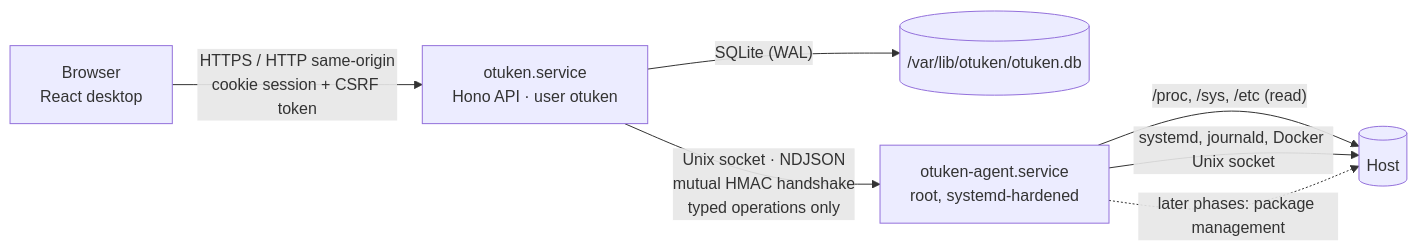
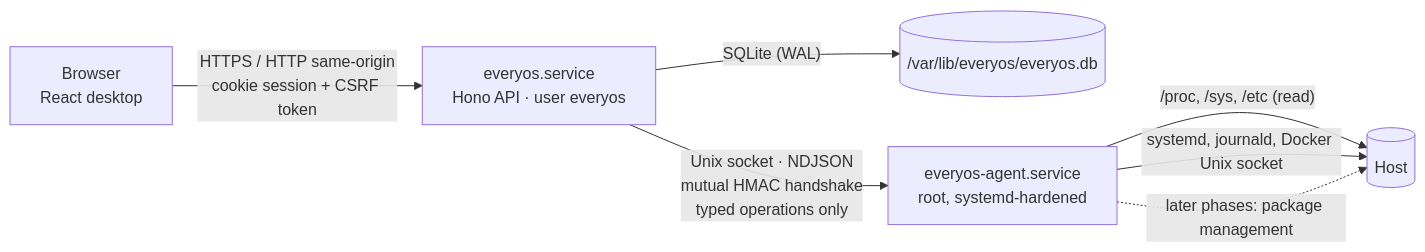
Before and after one commit to goktugcy/everyos: the first of 2 diagrams in docs/architecture.md, drawn with Mermaid. The commit also changed other lines of this file and 406 other files, not shown here.

First line of the commit message:
refactor: rename environment variables and application identifiers from OTUKEN to EVERYOS

````diff
--- a/docs/architecture.md
+++ b/docs/architecture.md
@@ -12,9 +12,9 @@
 ```mermaid
 flowchart LR
-  B[Browser<br/>React desktop] -- "HTTPS / HTTP same-origin<br/>cookie session + CSRF token" --> A[otuken.service<br/>Hono API · user otuken]
-  A -- "SQLite (WAL)" --> D[(/var/lib/otuken/otuken.db)]
-  A -- "Unix socket · NDJSON<br/>mutual HMAC handshake<br/>typed operations only" --> G[otuken-agent.service<br/>root, systemd-hardened]
+  B[Browser<br/>React desktop] -- "HTTPS / HTTP same-origin<br/>cookie session + CSRF token" --> A[everyos.service<br/>Hono API · user everyos]
+  A -- "SQLite (WAL)" --> D[(/var/lib/everyos/everyos.db)]
+  A -- "Unix socket · NDJSON<br/>mutual HMAC handshake<br/>typed operations only" --> G[everyos-agent.service<br/>root, systemd-hardened]
   G -- "/proc, /sys, /etc (read)" --> H[(Host)]
   G -- "systemd, journald, Docker Unix socket" --> H
   G -. "later phases: package management" .-> H
 ```
````
